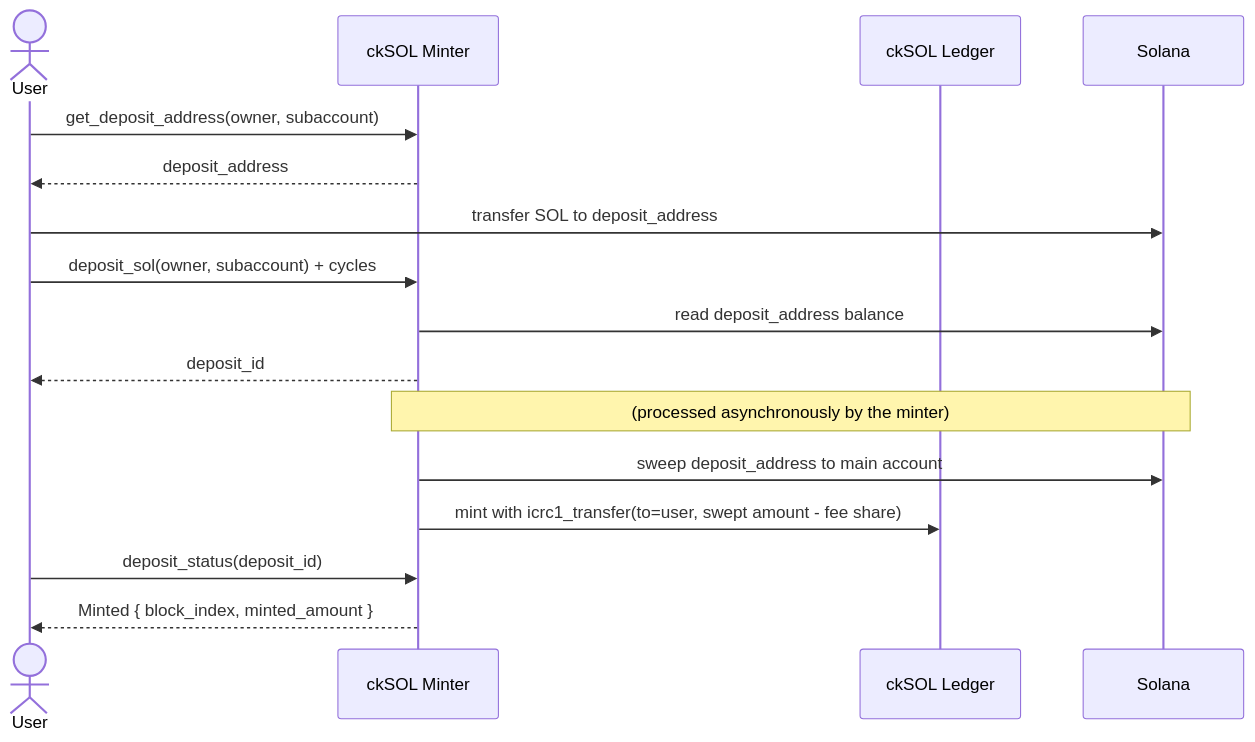
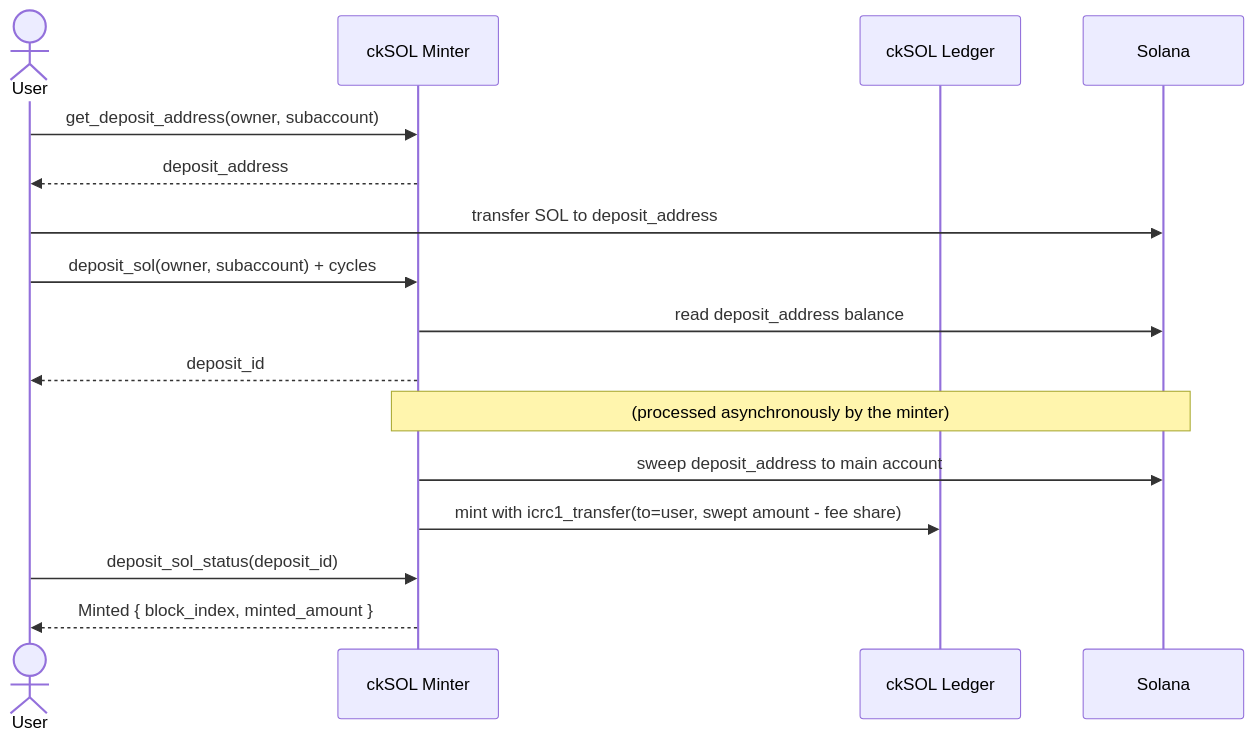
The first of 3 diagrams in README.md (dfinity/cksol), drawn with Mermaid before and after one commit. The commit also changed other lines of this file and 8 other files, not shown here.

First line of the commit message:
refactor(minter)!: rename the status endpoints after the asset they report on

````diff
--- a/README.md
+++ b/README.md
@@ -56,23 +56,23 @@
 ```mermaid
 sequenceDiagram
     actor User
     participant Minter as ckSOL Minter
     participant Ledger as ckSOL Ledger
     participant Solana
 
     User->>Minter: get_deposit_address(owner, subaccount)
     Minter-->>User: deposit_address
 
     User->>Solana: transfer SOL to deposit_address
 
     User->>Minter: deposit_sol(owner, subaccount) + cycles
     Minter->>Solana: read deposit_address balance
     Minter-->>User: deposit_id
 
     Note over Minter,Solana: (processed asynchronously by the minter)
     Minter->>Solana: sweep deposit_address to main account
     Minter->>Ledger: mint with icrc1_transfer(to=user, swept amount - fee share)
 
-    User->>Minter: deposit_status(deposit_id)
+    User->>Minter: deposit_sol_status(deposit_id)
     Minter-->>User: Minted { block_index, minted_amount }
 ```
````
